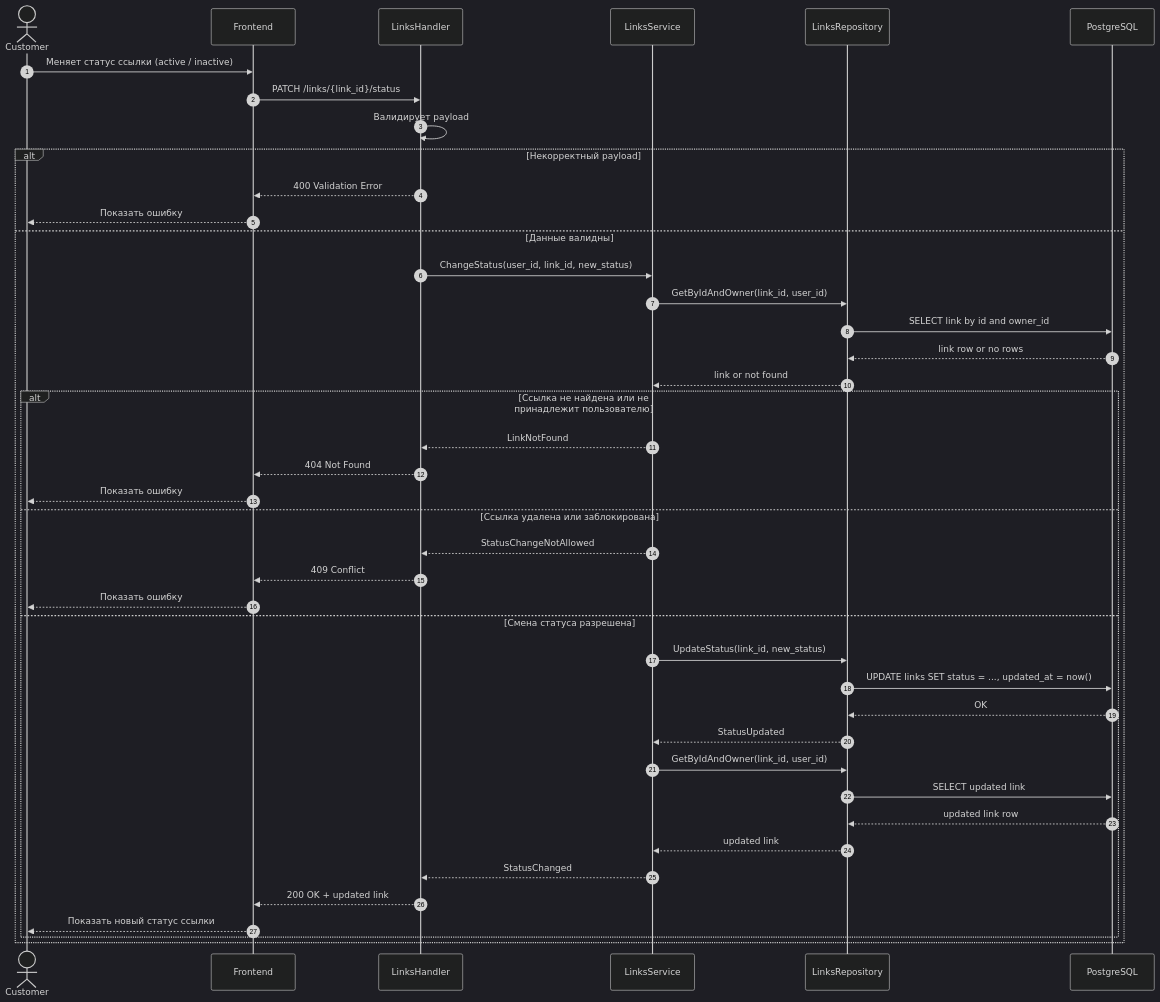
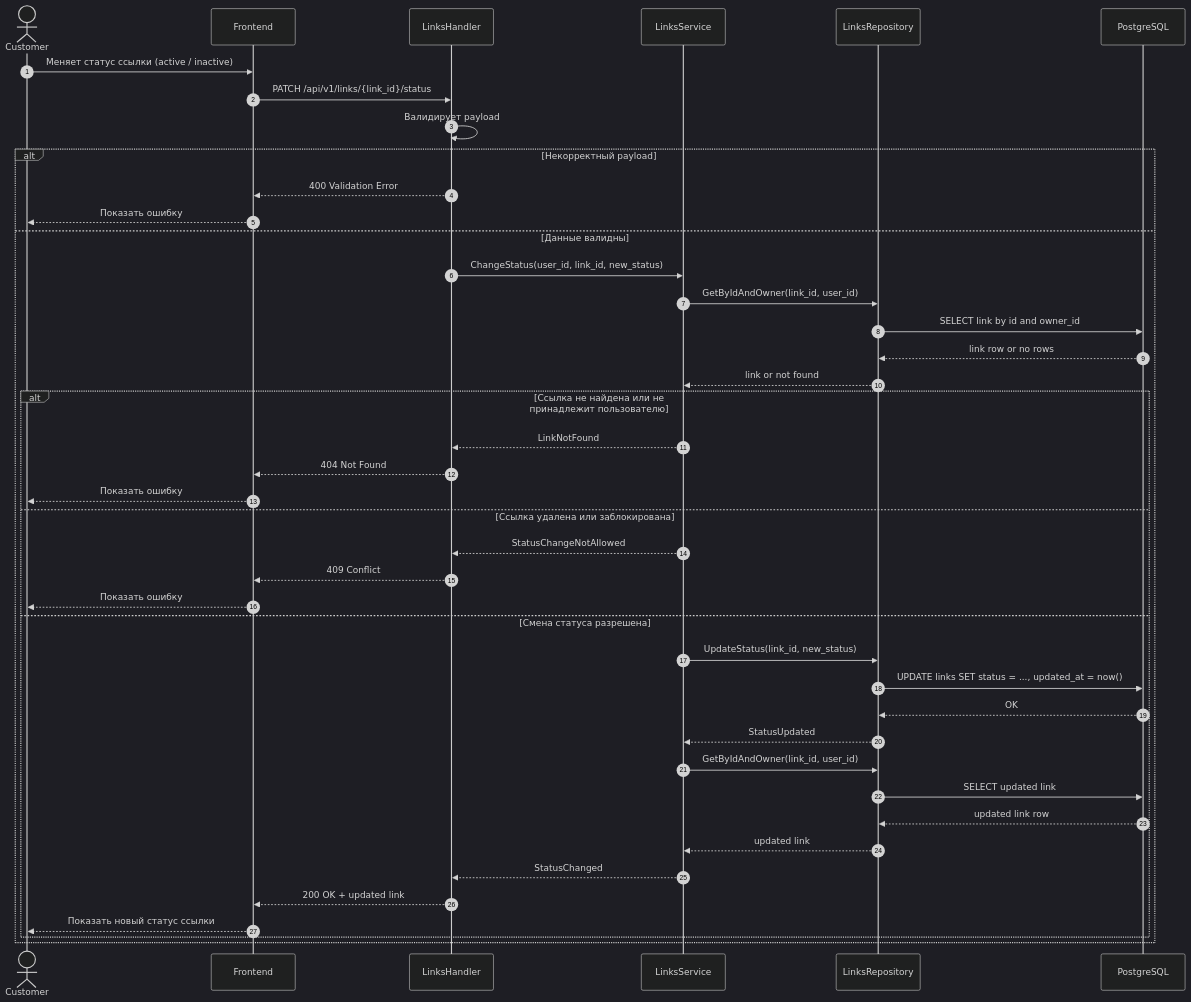
Before and after one commit to k3llone/TrackLink: the diagram in docs/Sequence/SD-12.md, drawn with Mermaid (dark theme). The commit also changed 33 other files, not shown here.

````diff
--- a/docs/Sequence/SD-12.md
+++ b/docs/Sequence/SD-12.md
@@ -3,51 +3,51 @@
 ```mermaid
 sequenceDiagram
     autonumber
 
     actor Customer
     participant FE as Frontend
     participant LH as LinksHandler
     participant LS as LinksService
     participant LR as LinksRepository
     participant DB as PostgreSQL
 
     Customer->>FE: Меняет статус ссылки (active / inactive)
-    FE->>LH: PATCH /links/{link_id}/status
+    FE->>LH: PATCH /api/v1/links/{link_id}/status
 
     LH->>LH: Валидирует payload
     alt Некорректный payload
         LH-->>FE: 400 Validation Error
         FE-->>Customer: Показать ошибку
     else Данные валидны
         LH->>LS: ChangeStatus(user_id, link_id, new_status)
 
         LS->>LR: GetByIdAndOwner(link_id, user_id)
         LR->>DB: SELECT link by id and owner_id
         DB-->>LR: link row or no rows
         LR-->>LS: link or not found
 
         alt Ссылка не найдена или не принадлежит пользователю
             LS-->>LH: LinkNotFound
             LH-->>FE: 404 Not Found
             FE-->>Customer: Показать ошибку
         else Ссылка удалена или заблокирована
             LS-->>LH: StatusChangeNotAllowed
             LH-->>FE: 409 Conflict
             FE-->>Customer: Показать ошибку
         else Смена статуса разрешена
             LS->>LR: UpdateStatus(link_id, new_status)
             LR->>DB: UPDATE links SET status = ..., updated_at = now()
             DB-->>LR: OK
             LR-->>LS: StatusUpdated
 
             LS->>LR: GetByIdAndOwner(link_id, user_id)
             LR->>DB: SELECT updated link
             DB-->>LR: updated link row
             LR-->>LS: updated link
 
             LS-->>LH: StatusChanged
             LH-->>FE: 200 OK + updated link
             FE-->>Customer: Показать новый статус ссылки
         end
     end
 ```
````
